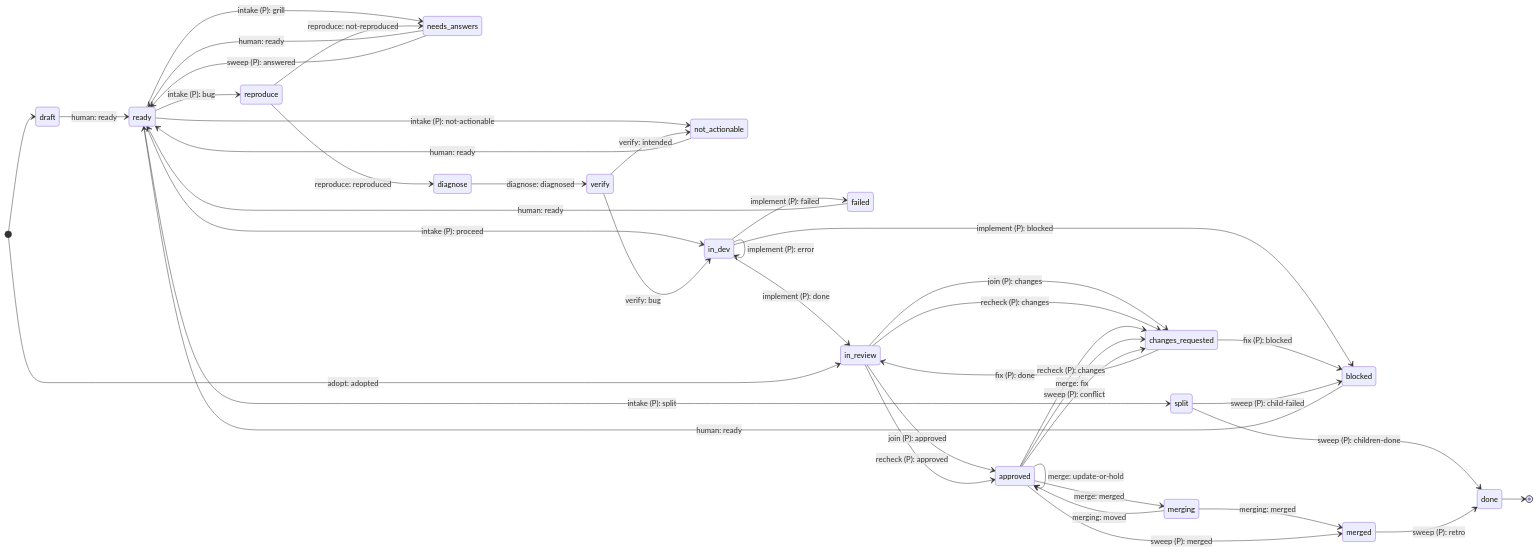
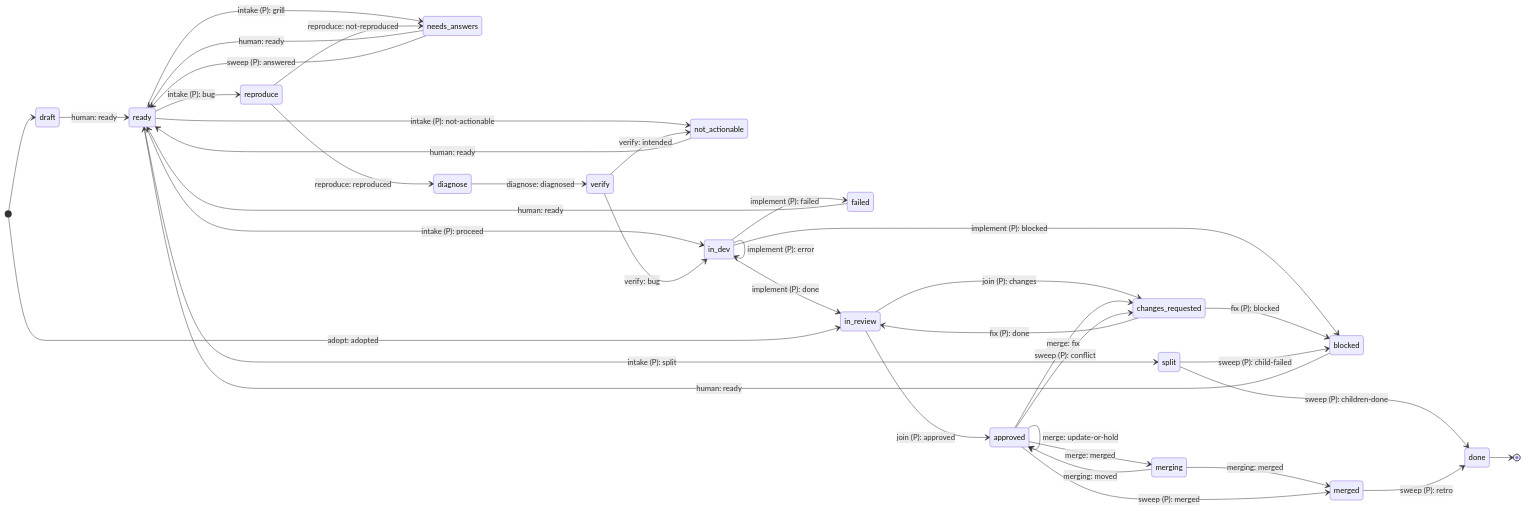
One commit to zaharchenko-evgeny/slop-factory changed the second of 2 diagrams in docs/statechart.md. Above: the diagram before and after it, drawn with Mermaid. The commit also changed 3 other files, not shown here.

````diff
--- a/docs/statechart.md
+++ b/docs/statechart.md
@@ -293,44 +293,41 @@
 ```mermaid
 stateDiagram-v2
     direction LR
     [*] --> draft
     draft --> ready: human: ready
     needs_answers --> ready: human: ready
     not_actionable --> ready: human: ready
     blocked --> ready: human: ready
     failed --> ready: human: ready
     ready --> in_dev: intake (P): proceed
     ready --> needs_answers: intake (P): grill
     ready --> split: intake (P): split
     ready --> not_actionable: intake (P): not-actionable
     ready --> reproduce: intake (P): bug
     reproduce --> diagnose: reproduce: reproduced
     reproduce --> needs_answers: reproduce: not-reproduced
     diagnose --> verify: diagnose: diagnosed
     verify --> in_dev: verify: bug
     verify --> not_actionable: verify: intended
     in_dev --> in_review: implement (P): done
     in_dev --> in_dev: implement (P): error
     in_dev --> blocked: implement (P): blocked
     in_dev --> failed: implement (P): failed
     [*] --> in_review: adopt: adopted
     in_review --> changes_requested: join (P): changes
     in_review --> approved: join (P): approved
-    in_review --> changes_requested: recheck (P): changes
-    approved --> changes_requested: recheck (P): changes
-    in_review --> approved: recheck (P): approved
     changes_requested --> in_review: fix (P): done
     changes_requested --> blocked: fix (P): blocked
     approved --> merging: merge: merged
     approved --> approved: merge: update-or-hold
     approved --> changes_requested: merge: fix
     merging --> merged: merging: merged
     merging --> approved: merging: moved
     needs_answers --> ready: sweep (P): answered
     split --> done: sweep (P): children-done
     split --> blocked: sweep (P): child-failed
     approved --> changes_requested: sweep (P): conflict
     approved --> merged: sweep (P): merged
     merged --> done: sweep (P): retro
     done --> [*]
 ```
````
